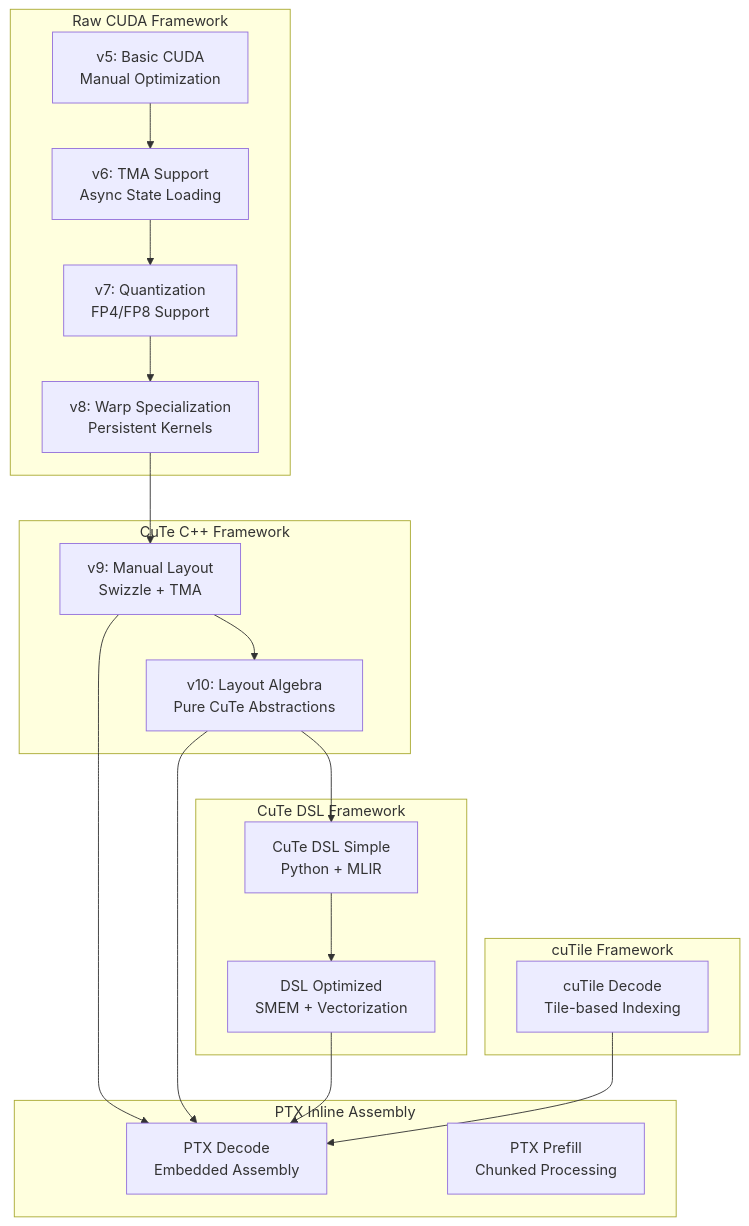
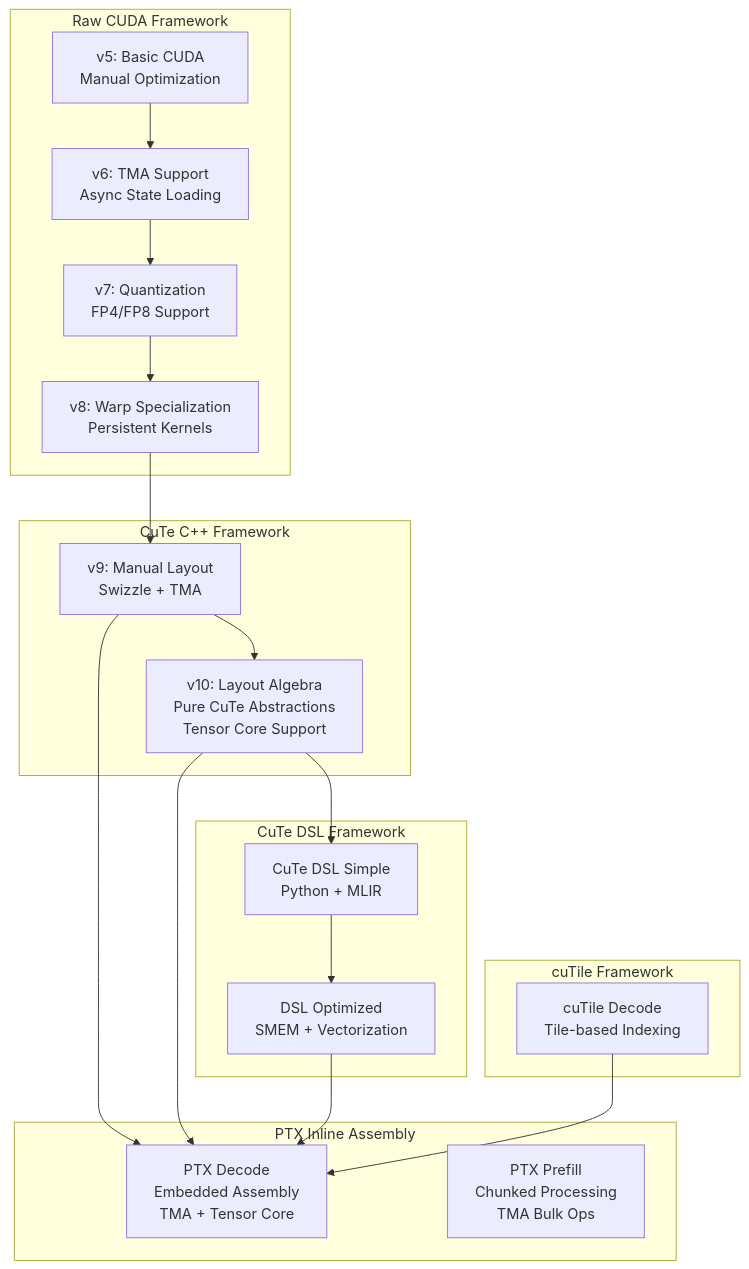
One commit to gugudeshubao/flashinfer-bench-tma-thrust changed the first of 7 diagrams in .qoder/repowiki/en/content/Core Kernels/Core Kernels.md. Above: the diagram before and after it, drawn with Mermaid. The commit also changed other lines of this file and 4 other files, not shown here.

````diff
--- a/.qoder/repowiki/en/content/Core Kernels/Core Kernels.md
+++ b/.qoder/repowiki/en/content/Core Kernels/Core Kernels.md
@@ -89,31 +94,31 @@
 ```mermaid
 graph TB
 subgraph "Raw CUDA Framework"
 CUDA_v5["v5: Basic CUDA<br/>Manual Optimization"]
 CUDA_v6["v6: TMA Support<br/>Async State Loading"]
 CUDA_v7["v7: Quantization<br/>FP4/FP8 Support"]
 CUDA_v8["v8: Warp Specialization<br/>Persistent Kernels"]
 end
 subgraph "CuTe C++ Framework"
 CuTe_v9["v9: Manual Layout<br/>Swizzle + TMA"]
-CuTe_v10["v10: Layout Algebra<br/>Pure CuTe Abstractions"]
+CuTe_v10["v10: Layout Algebra<br/>Pure CuTe Abstractions<br/>Tensor Core Support"]
 end
 subgraph "CuTe DSL Framework"
 DSL_Simple["CuTe DSL Simple<br/>Python + MLIR"]
 DSL_Optimized["DSL Optimized<br/>SMEM + Vectorization"]
 end
 subgraph "cuTile Framework"
 CuTile_Decode["cuTile Decode<br/>Tile-based Indexing"]
 end
 subgraph "PTX Inline Assembly"
-PTX_Decode["PTX Decode<br/>Embedded Assembly"]
-PTX_Prefill["PTX Prefill<br/>Chunked Processing"]
+PTX_Decode["PTX Decode<br/>Embedded Assembly<br/>TMA + Tensor Core"]
+PTX_Prefill["PTX Prefill<br/>Chunked Processing<br/>TMA Bulk Ops"]
 end
 CUDA_v5 --> CUDA_v6 --> CUDA_v7 --> CUDA_v8
 CUDA_v8 --> CuTe_v9 --> CuTe_v10
 CuTe_v10 --> DSL_Simple --> DSL_Optimized
 CuTe_v9 --> PTX_Decode
 CuTe_v10 --> PTX_Decode
 DSL_Optimized --> PTX_Decode
 CuTile_Decode --> PTX_Decode
 ```
````
